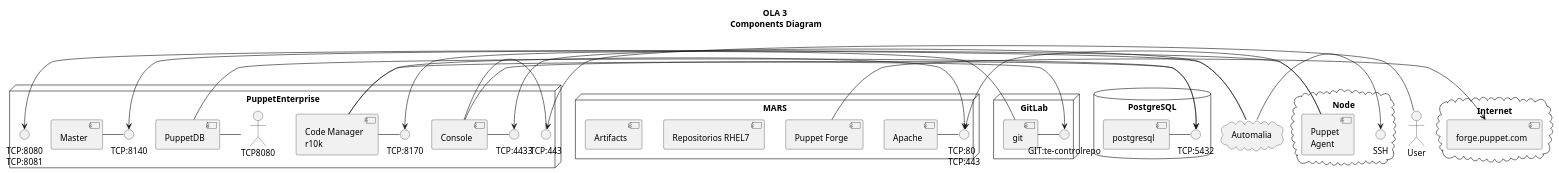
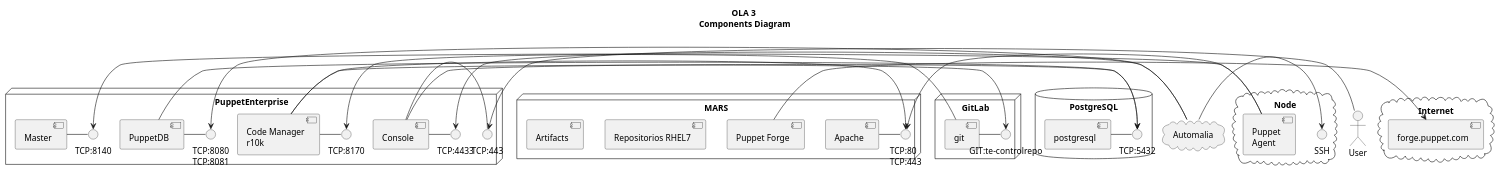
One commit to CIVIR-ES/PE-vagrant changed the diagram in doc/diagram.puml. Above: the diagram before and after it, drawn with PlantUML.

```diff
--- a/doc/diagram.puml
+++ b/doc/diagram.puml
@@ -1,62 +1,62 @@
 @startuml
 title OLA 3\n Components Diagram
 Actor User
 
 node "PuppetEnterprise" {
   [Code Manager\nr10k] as r10k
   [Master]
   [PuppetDB]
   [Console]
   interface "TCP:8170" as TCP8170
   interface "TCP:443" as TCP443
   interface "TCP:8080\nTCP:8081" as TCP8081
   interface "TCP:8140" as TCP8140
   interface "TCP:4433" as TCP4433
   [Console] - TCP443
   [Console] - TCP4433
   r10k - TCP8170
-  [PuppetDB] - TCP8080
+  [PuppetDB] - TCP8081
   [Master] - TCP8140
 }
 
 node MARS {
   [Apache]
   [Puppet Forge]
   [Repositorios RHEL7]
   [Artifacts]
   interface "TCP:80\nTCP:443" as TCPMARS
   [Apache] - TCPMARS
 }
 
 node "GitLab" {
   [git]
   interface "GIT:te-controlrepo" as controlrepo
   [git] - controlrepo
 }
 cloud "Internet" {
   [forge.puppet.com]
 }
 database "PostgreSQL" {
   [postgresql]
   interface "TCP:5432" as TCP5432
   [postgresql] - TCP5432
 }
 cloud "Automalia" {
 }
 cloud "Node" {
   [Puppet\nAgent]
   interface SSH
 }
 Automalia -> SSH
 Automalia -> TCP8081
 Automalia -> TCP4433
 User -> TCP443
 r10k -> controlrepo
 r10k -> TCPMARS
 [Puppet Forge] -> [forge.puppet.com]
 [Puppet\nAgent] -> TCPMARS
 [Puppet\nAgent] -> TCP8140
 [PuppetDB] -> TCP5432
 [Console] -> TCP5432
 [git] -> TCP8170
 @enduml
```
